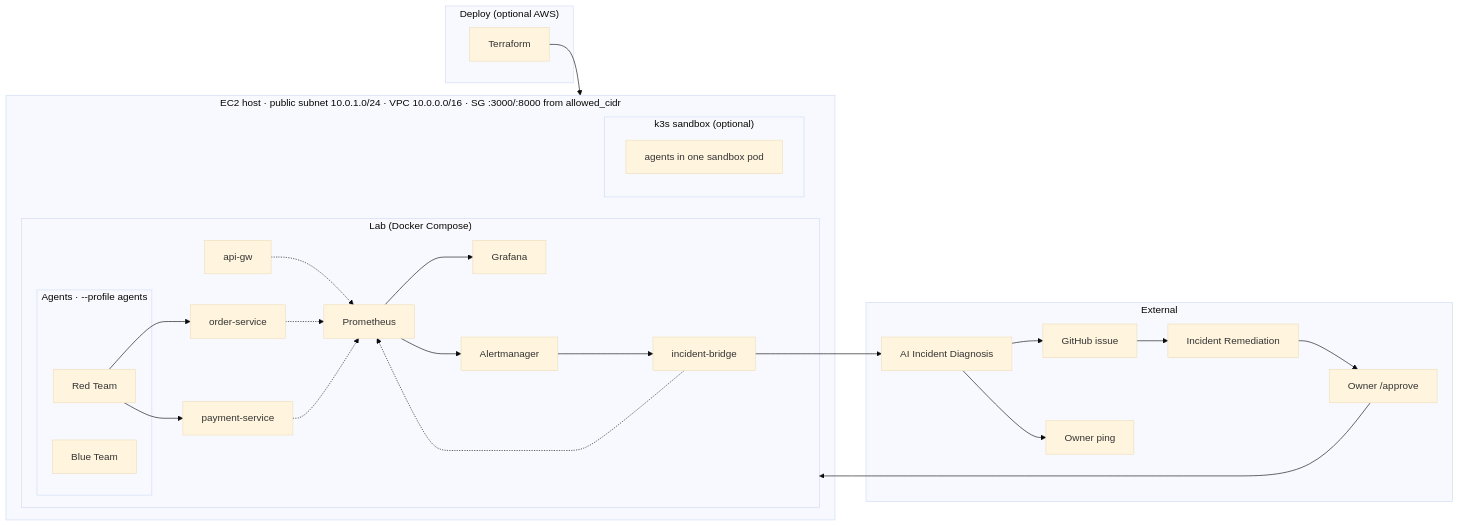
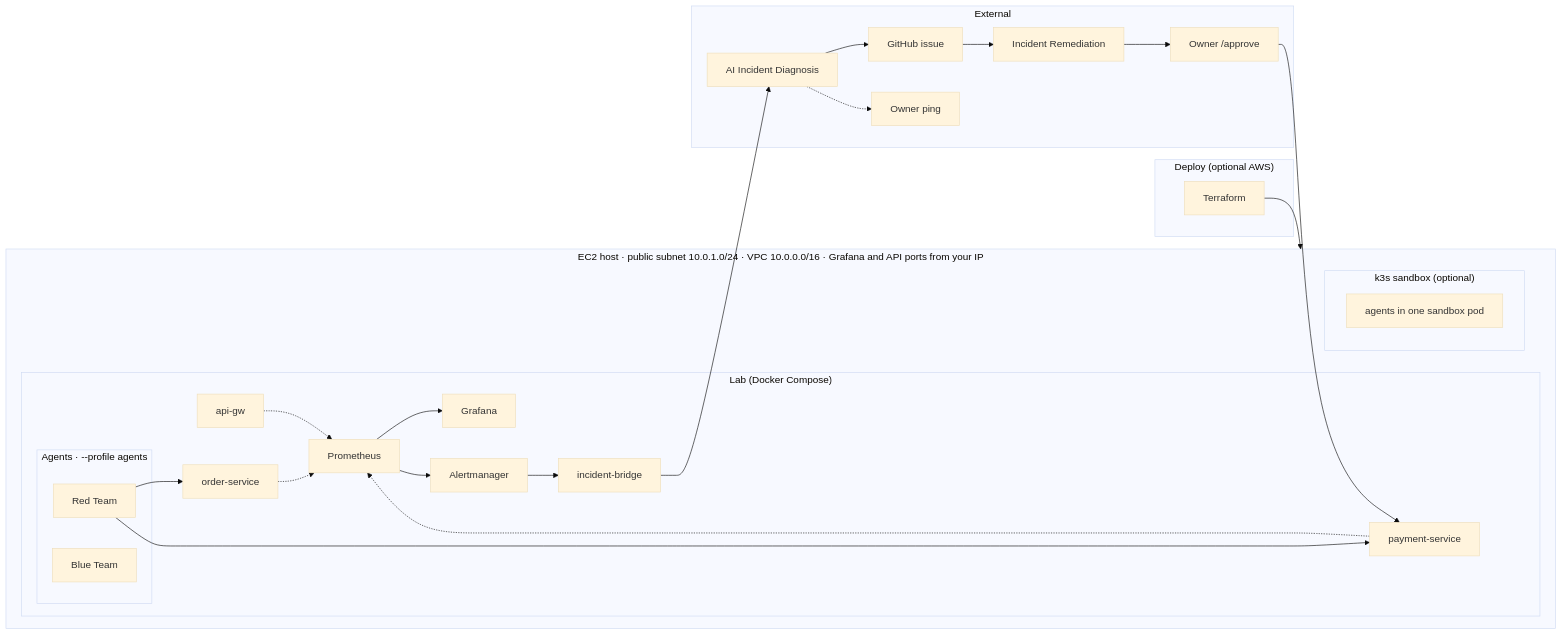
Before and after one commit to ritvikindupuri/ResilienceOps: the diagram in docs/architecture.mmd, drawn with Mermaid. The commit also changed 7 other files, not shown here.

First line of the commit message:
Crop the architecture figure and land the fix on the services.

```diff
--- a/docs/architecture.mmd
+++ b/docs/architecture.mmd
@@ -1,47 +1,46 @@
 %%{init: { "theme": "base", "flowchart": { "curve": "basis" } }}%%
 flowchart LR
   TF["Terraform"]
   subgraph aws ["Deploy (optional AWS)"]
     TF
   end
-  subgraph host ["EC2 host · public subnet 10.0.1.0/24 · VPC 10.0.0.0/16 · SG :3000/:8000 from allowed_cidr"]
+  subgraph host ["EC2 host · public subnet 10.0.1.0/24 · VPC 10.0.0.0/16 · Grafana and API ports from your IP"]
     subgraph compose ["Lab (Docker Compose)"]
       subgraph agents ["Agents · --profile agents"]
         RED[Red Team]
         BLUE[Blue Team]
       end
       GW[api-gw]
       OS[order-service]
       PS[payment-service]
       PROM[Prometheus]
       GRAF[Grafana]
       AM[Alertmanager]
       BR["incident-bridge"]
       GW -.-> PROM
       OS -.-> PROM
       PS -.-> PROM
       PROM --> GRAF
       PROM --> AM
       AM --> BR
-      BR -.-> PROM
     end
     subgraph k3sopt ["k3s sandbox (optional)"]
       K3S["agents in one sandbox pod"]
     end
   end
   subgraph ext ["External"]
     BOT["AI Incident Diagnosis"]
     GH["GitHub issue"]
     PING["Owner ping"]
     REM["Incident Remediation"]
     OWN["Owner /approve"]
     BOT --> GH
-    BOT --> PING
+    BOT -.-> PING
     GH --> REM
     REM --> OWN
   end
   TF --> host
   RED --> OS
   RED --> PS
   BR --> BOT
-  OWN --> compose
+  OWN --> PS
```
